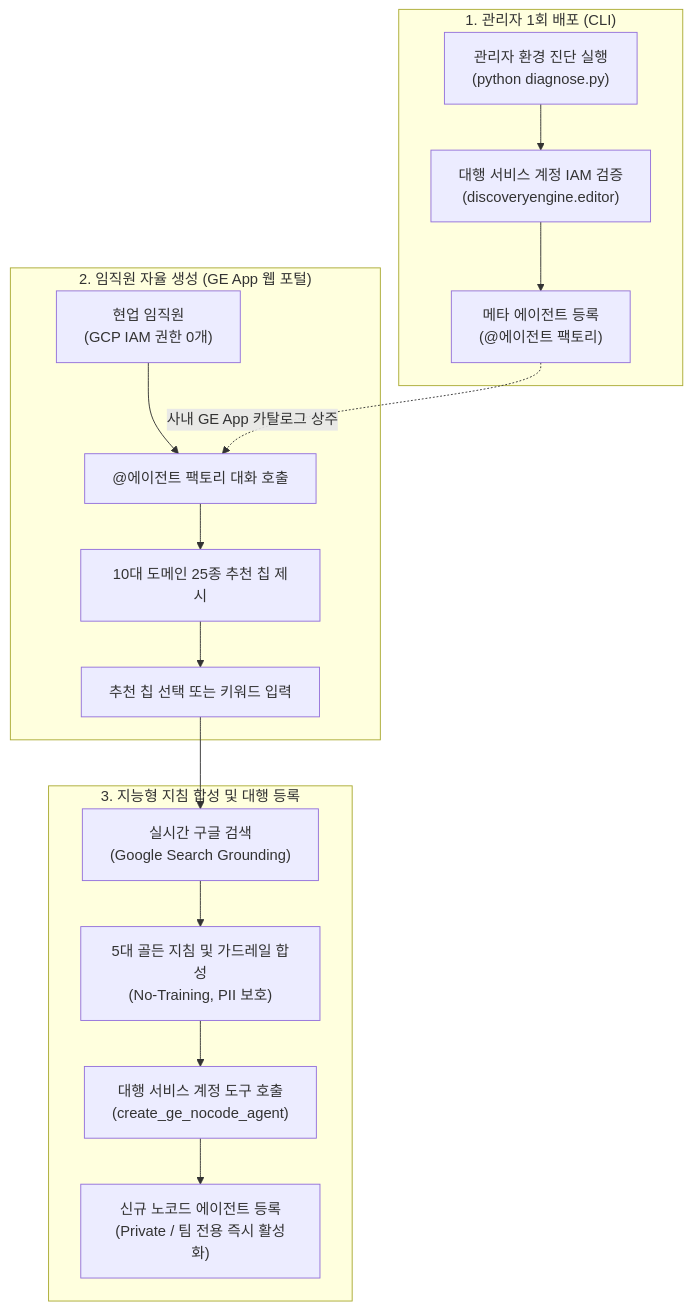
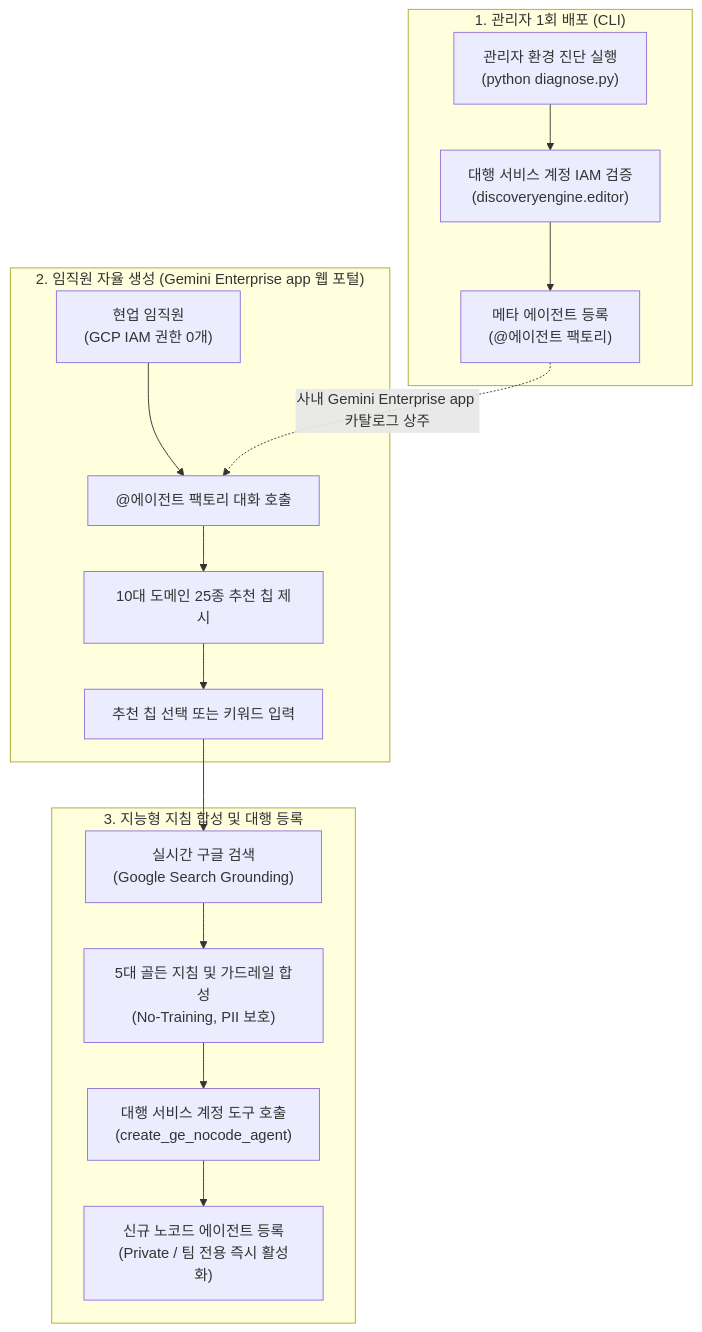
One commit to jiangjun-forge/google-cloud-0-to-1 changed the diagram in samples/gemini-enterprise-agent-factory/README.md. Above: the diagram before and after it, drawn with Mermaid. The commit also changed other lines of this file and 34 other files, not shown here.

````diff
--- a/samples/gemini-enterprise-agent-factory/README.md
+++ b/samples/gemini-enterprise-agent-factory/README.md
@@ -42,27 +42,27 @@
 ```mermaid
 flowchart TD
     subgraph Admin ["1. 관리자 1회 배포 (CLI)"]
         A1["관리자 환경 진단 실행<br/>(python diagnose.py)"]
         A2["대행 서비스 계정 IAM 검증<br/>(discoveryengine.editor)"]
         A3["메타 에이전트 등록<br/>(@에이전트 팩토리)"]
         A1 --> A2 --> A3
     end
 
-    subgraph UserInteraction ["2. 임직원 자율 생성 (GE App 웹 포털)"]
+    subgraph UserInteraction ["2. 임직원 자율 생성 (Gemini Enterprise app 웹 포털)"]
         U1["현업 임직원<br/>(GCP IAM 권한 0개)"]
         U2["@에이전트 팩토리 대화 호출"]
         U3["10대 도메인 25종 추천 칩 제시"]
         U4["추천 칩 선택 또는 키워드 입력"]
         U1 --> U2 --> U3 --> U4
     end
 
     subgraph SynthesisEngine ["3. 지능형 지침 합성 및 대행 등록"]
         S1["실시간 구글 검색<br/>(Google Search Grounding)"]
         S2["5대 골든 지침 및 가드레일 합성<br/>(No-Training, PII 보호)"]
         S3["대행 서비스 계정 도구 호출<br/>(create_ge_nocode_agent)"]
         S4["신규 노코드 에이전트 등록<br/>(Private / 팀 전용 즉시 활성화)"]
         U4 --> S1 --> S2 --> S3 --> S4
     end
 
-    A3 -.->|"사내 GE App 카탈로그 상주"| U2
+    A3 -.->|"사내 Gemini Enterprise app 카탈로그 상주"| U2
 ```
````
